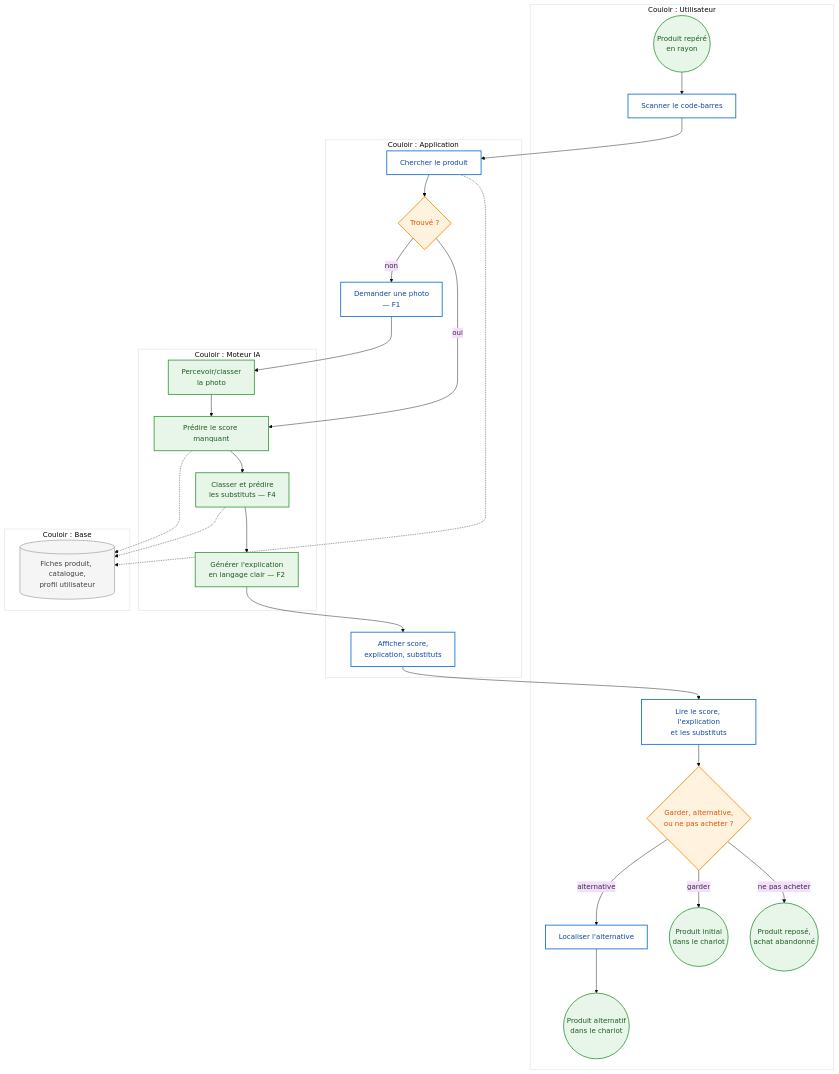
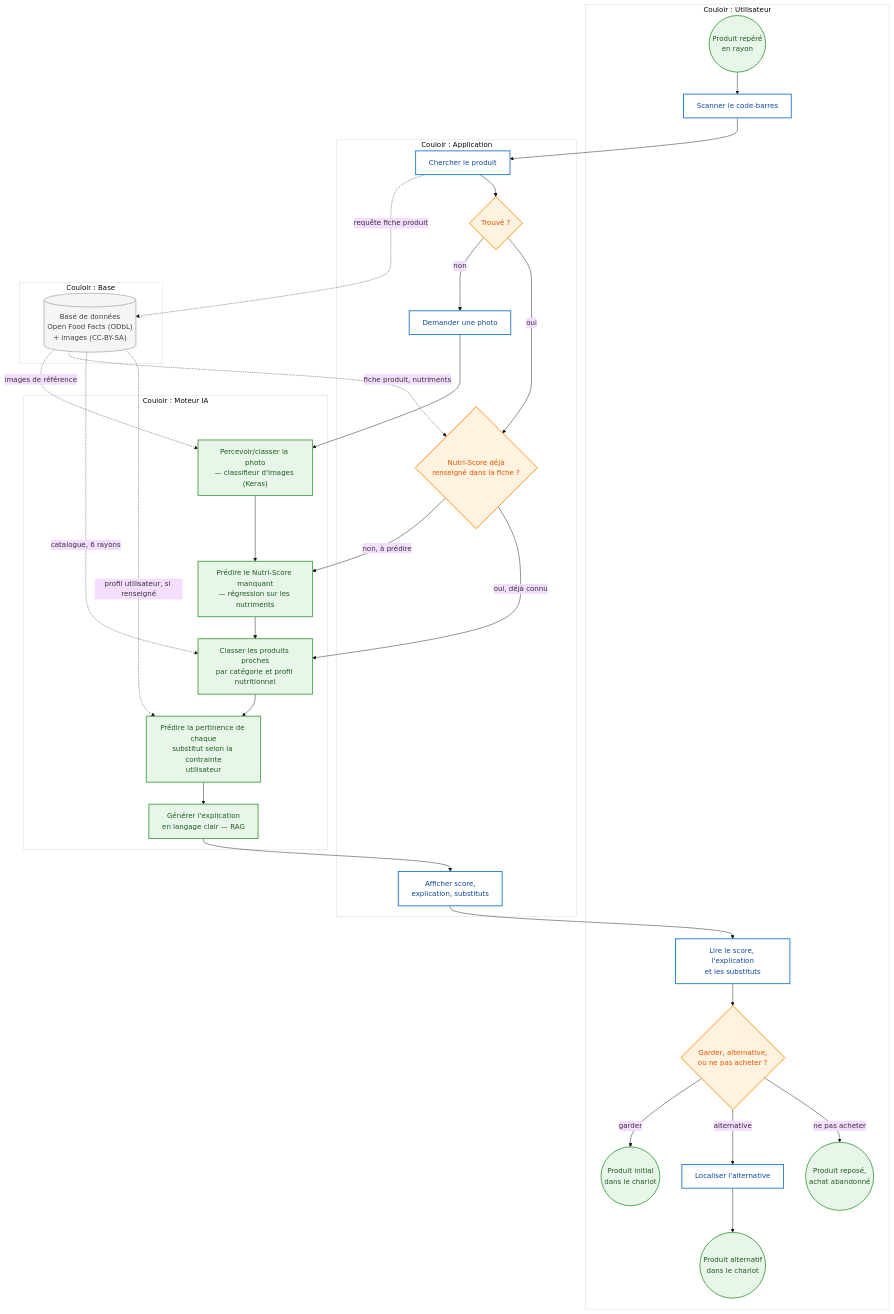
Before and after one commit to SDMM27/NutriScope: the second of 2 diagrams in docs/cadrage/processus.md, drawn with Mermaid (base theme). The commit also changed other lines of this file and 2 other files, not shown here.

Commit message:
modif des diagrammes après review

````diff
--- a/docs/cadrage/processus.md
+++ b/docs/cadrage/processus.md
@@ -67,60 +83,68 @@
 ```mermaid
 flowchart TD
     subgraph LaneUser["Couloir : Utilisateur"]
         Start(("Produit repéré<br/>en rayon"))
         Scan["Scanner le code-barres"]
         ReadResult["Lire le score, l'explication<br/>et les substituts"]
         ChooseGw{"Garder, alternative,<br/>ou ne pas acheter ?"}
         LocateAlt["Localiser l'alternative"]
         EndKeep(("Produit initial<br/>dans le chariot"))
         EndAlt(("Produit alternatif<br/>dans le chariot"))
         EndNoBuy(("Produit reposé,<br/>achat abandonné"))
     end
 
     subgraph LaneApp["Couloir : Application"]
         Search["Chercher le produit"]
         FoundGw{"Trouvé ?"}
-        AskPhoto["Demander une photo<br/>— F1"]
+        AskPhoto["Demander une photo"]
+        NutriScoreGw{"Nutri-Score déjà<br/>renseigné dans la fiche ?"}
         Display["Afficher score,<br/>explication, substituts"]
     end
 
     subgraph LaneIA["Couloir : Moteur IA"]
-        Classify["Percevoir/classer<br/>la photo"]
-        Predict["Prédire le score manquant"]
-        FindSubs["Classer et prédire<br/>les substituts — F4"]
-        Generate["Générer l'explication<br/>en langage clair — F2"]
+        Classify["Percevoir/classer la photo<br/>— classifieur d'images (Keras)"]
+        Predict["Prédire le Nutri-Score manquant<br/>— régression sur les nutriments"]
+        FindSubs["Classer les produits proches<br/>par catégorie et profil nutritionnel"]
+        FilterConstraint["Prédire la pertinence de chaque<br/>substitut selon la contrainte<br/>utilisateur"]
+        Generate["Générer l'explication<br/>en langage clair — RAG"]
     end
 
     subgraph LaneData["Couloir : Base"]
-        Data[("Fiches produit, catalogue,<br/>profil utilisateur")]
+        Base[("Base de données<br/>Open Food Facts (ODbL)<br/>+ images (CC-BY-SA)")]
     end
 
     Start --> Scan --> Search
-    Search -.-> Data
+    Search -.->|"requête fiche produit"| Base
     Search --> FoundGw
-    FoundGw -- "non" --> AskPhoto --> Classify --> Predict
-    FoundGw -- "oui" --> Predict
-    Predict -.-> Data
+    FoundGw -- "non" --> AskPhoto --> Classify
+    Base -.->|"images de référence"| Classify
+    Classify --> Predict
+    FoundGw -- "oui" --> NutriScoreGw
+    Base -.->|"fiche produit, nutriments"| NutriScoreGw
+    NutriScoreGw -- "non, à prédire" --> Predict
+    NutriScoreGw -- "oui, déjà connu" --> FindSubs
     Predict --> FindSubs
-    FindSubs -.-> Data
-    FindSubs --> Generate --> Display --> ReadResult
+    Base -.->|"catalogue, 6 rayons"| FindSubs
+    FindSubs --> FilterConstraint
+    Base -.->|"profil utilisateur, si renseigné"| FilterConstraint
+    FilterConstraint --> Generate --> Display --> ReadResult
     ReadResult --> ChooseGw
     ChooseGw -- "garder" --> EndKeep
     ChooseGw -- "alternative" --> LocateAlt --> EndAlt
     ChooseGw -- "ne pas acheter" --> EndNoBuy
 
     classDef evt fill:#e8f5e9,stroke:#43a047,stroke-width:2px,color:#1b5e20
     classDef act fill:#ffffff,stroke:#1976d2,stroke-width:2px,color:#0d47a1
     classDef gw fill:#fff3e0,stroke:#fb8c00,stroke-width:2px,color:#e65100
     classDef ia fill:#e8f5e9,stroke:#43a047,stroke-width:2px,color:#1b5e20
     classDef data fill:#f5f5f5,stroke:#9e9e9e,stroke-width:1.5px,color:#424242
     class Start,EndKeep,EndAlt,EndNoBuy evt
-    class ChooseGw,FoundGw gw
+    class ChooseGw,FoundGw,NutriScoreGw gw
     class Scan,Search,AskPhoto,Display,LocateAlt,ReadResult act
-    class Classify,Predict,FindSubs,Generate ia
-    class Data data
+    class Classify,Predict,FindSubs,FilterConstraint,Generate ia
+    class Base data
     style LaneUser fill:#ffffff,stroke:#cfd8dc,stroke-width:1px
     style LaneApp fill:#ffffff,stroke:#cfd8dc,stroke-width:1px
     style LaneIA fill:#ffffff,stroke:#cfd8dc,stroke-width:1px
     style LaneData fill:#ffffff,stroke:#cfd8dc,stroke-width:1px
 ```
````
